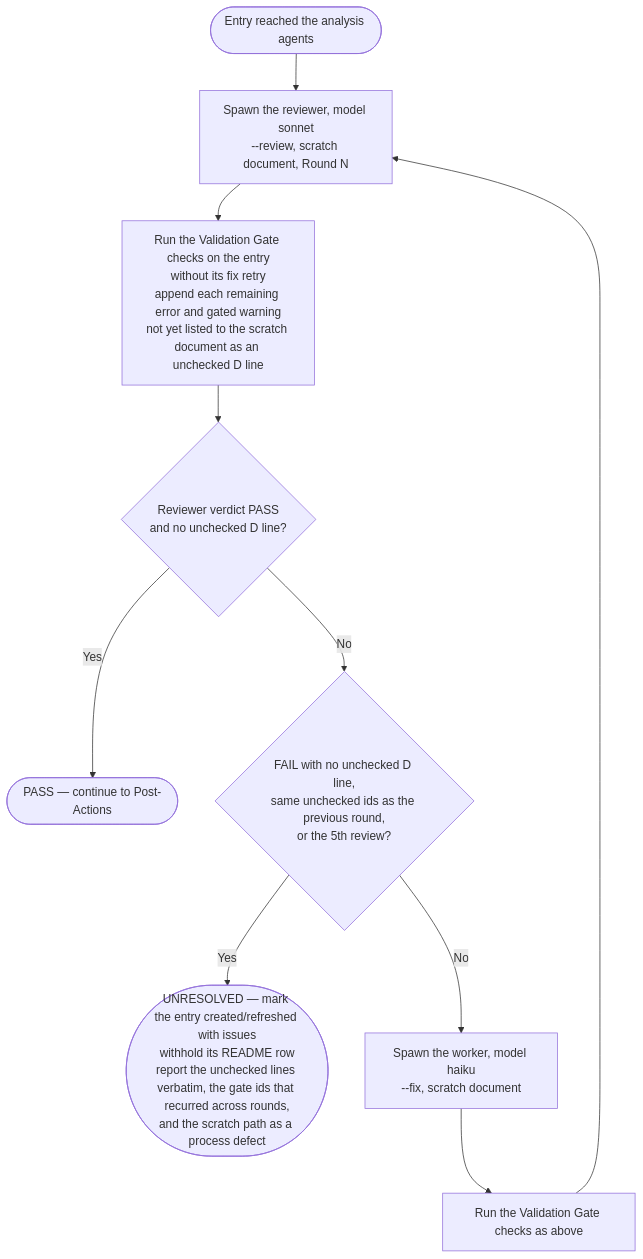
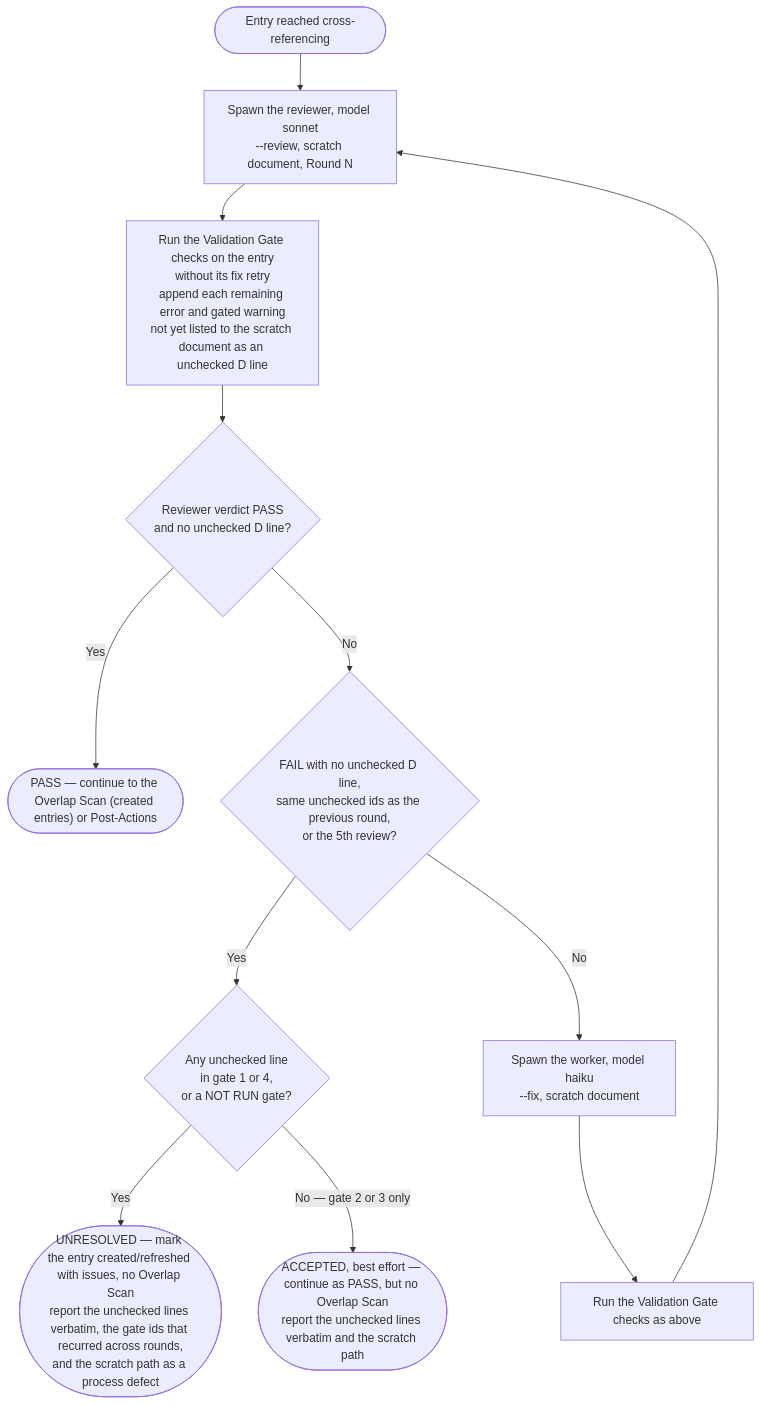
Before and after one commit to Jamie-BitFlight/claude_skills: the fourth of 4 diagrams in .claude/skills/research-curator/SKILL.md, drawn with Mermaid. The commit also changed other lines of this file and 16 other files, not shown here.

````diff
--- a/.claude/skills/research-curator/SKILL.md
+++ b/.claude/skills/research-curator/SKILL.md
@@ -284,12 +282,14 @@
 ```mermaid
 flowchart TD
-    Start(["Entry reached the analysis agents"]) --> Review["Spawn the reviewer, model sonnet<br>--review, scratch document, Round N"]
+    Start(["Entry reached cross-referencing"]) --> Review["Spawn the reviewer, model sonnet<br>--review, scratch document, Round N"]
     Review --> Gate["Run the Validation Gate checks on the entry<br>without its fix retry<br>append each remaining error and gated warning<br>not yet listed to the scratch document as an unchecked D line"]
     Gate --> Q{"Reviewer verdict PASS<br>and no unchecked D line?"}
-    Q -->|"Yes"| Pass(["PASS — continue to Post-Actions"])
+    Q -->|"Yes"| Pass(["PASS — continue to the Overlap Scan (created entries) or Post-Actions"])
     Q -->|"No"| Stop{"FAIL with no unchecked D line,<br>same unchecked ids as the previous round,<br>or the 5th review?"}
-    Stop -->|"Yes"| Unresolved(["UNRESOLVED — mark the entry created/refreshed with issues<br>withhold its README row<br>report the unchecked lines verbatim, the gate ids that recurred across rounds,<br>and the scratch path as a process defect"])
+    Stop -->|"Yes"| Kind{"Any unchecked line<br>in gate 1 or 4,<br>or a NOT RUN gate?"}
+    Kind -->|"Yes"| Unresolved(["UNRESOLVED — mark the entry created/refreshed with issues, no Overlap Scan<br>report the unchecked lines verbatim, the gate ids that recurred across rounds,<br>and the scratch path as a process defect"])
+    Kind -->|"No — gate 2 or 3 only"| Accepted(["ACCEPTED, best effort — continue as PASS, but no Overlap Scan<br>report the unchecked lines verbatim and the scratch path"])
     Stop -->|"No"| Fix["Spawn the worker, model haiku<br>--fix, scratch document"]
     Fix --> Gate2["Run the Validation Gate checks as above"]
     Gate2 --> Review
 ```
````
